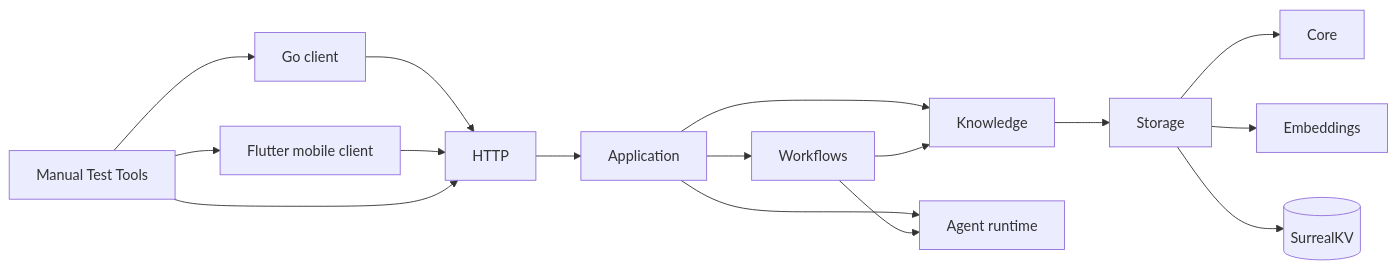
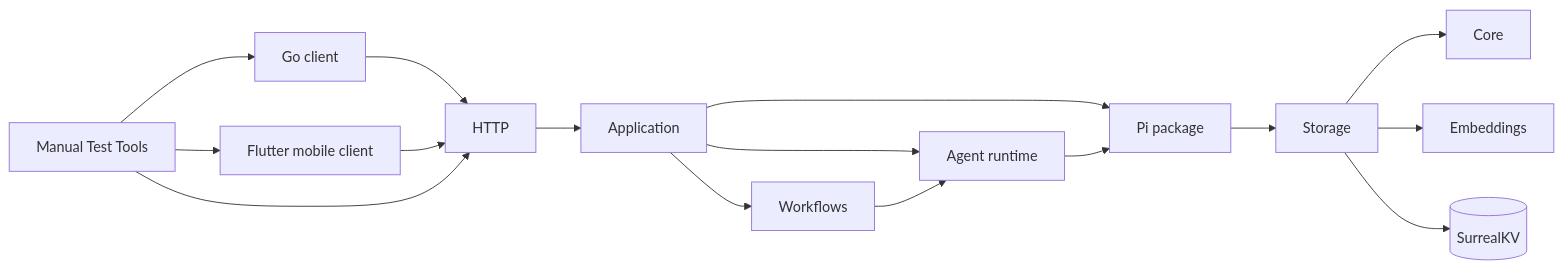
Before and after one commit to alennartz/second-brain: the first of 3 diagrams in codemap.md, drawn with Mermaid. The commit also changed other lines of this file, not shown here.

````diff
--- a/codemap.md
+++ b/codemap.md
@@ -10,18 +10,18 @@
 ```mermaid
 graph LR
   G["Go client"] --> H["HTTP"]
   M["Flutter mobile client"] --> H
   MT["Manual Test Tools"] --> H
   MT --> G
   MT --> M
   H --> A["Application"]
   A --> W["Workflows"]
-  A --> K["Knowledge"]
+  A --> K["Pi package"]
   A --> AR["Agent runtime"]
   W --> AR
-  W --> K
+  AR --> K
   K --> S["Storage"]
   S --> C["Core"]
   S --> E["Embeddings"]
   S --> DB[(SurrealKV)]
 ```
````
